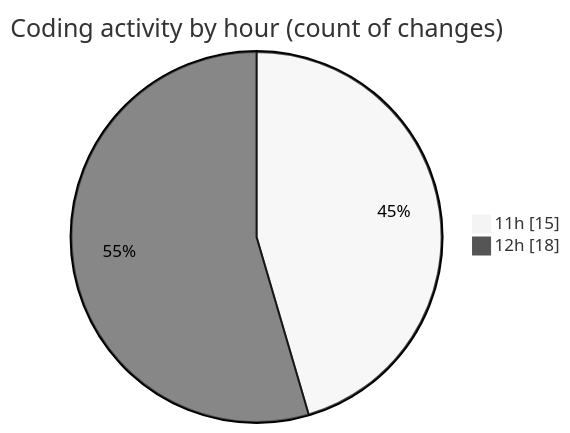
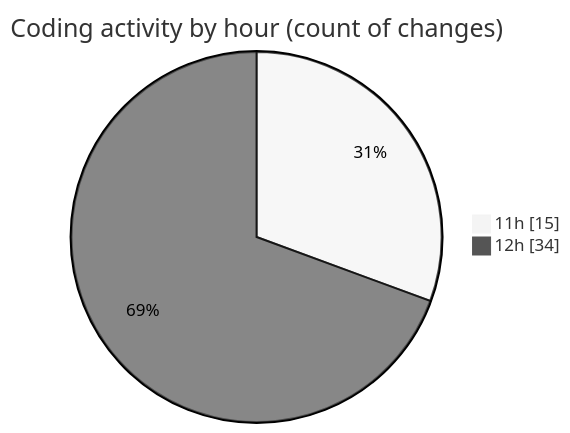
The second of 2 diagrams in 2025-04-15/nxtqube_webapp/README.md (nxtqubesakshisongat/code-tracking), drawn with Mermaid (neutral theme) before and after one commit. The commit also changed other lines of this file and 1 other file, not shown here.

````diff
--- a/2025-04-15/nxtqube_webapp/README.md
+++ b/2025-04-15/nxtqube_webapp/README.md
@@ -31,6 +34,6 @@
 ```mermaid
 pie showData
 title Coding activity by hour (count of changes)
 "11h" : 15
-"12h" : 18
+"12h" : 34
 ```
````
